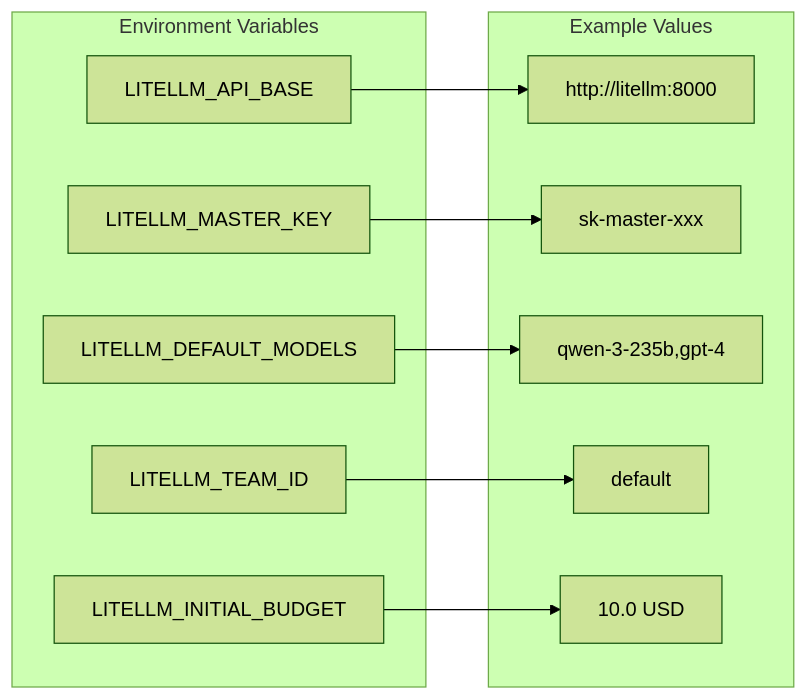
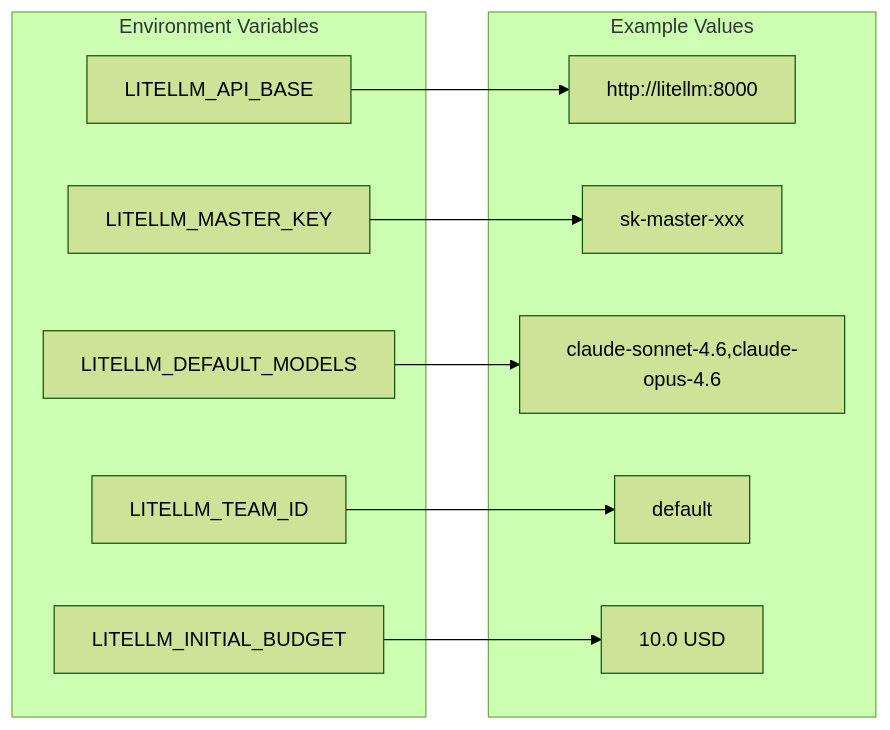
Before and after one commit to TesslateAI/Studio: the seventh of 40 diagrams in docs/guides/agent-system-architecture.md, drawn with Mermaid (forest theme). The commit also changed 25 other files, not shown here.

````diff
--- a/docs/guides/agent-system-architecture.md
+++ b/docs/guides/agent-system-architecture.md
@@ -229,24 +229,24 @@
 ```mermaid
 flowchart LR
     subgraph Config["Environment Variables"]
         A[LITELLM_API_BASE]
         B[LITELLM_MASTER_KEY]
         C[LITELLM_DEFAULT_MODELS]
         D[LITELLM_TEAM_ID]
         E[LITELLM_INITIAL_BUDGET]
     end
 
     subgraph Values["Example Values"]
         A1["http://litellm:8000"]
         B1["sk-master-xxx"]
-        C1["qwen-3-235b,gpt-4"]
+        C1["claude-sonnet-4.6,claude-opus-4.6"]
         D1["default"]
         E1["10.0 USD"]
     end
 
     A --> A1
     B --> B1
     C --> C1
     D --> D1
     E --> E1
 ```
````
